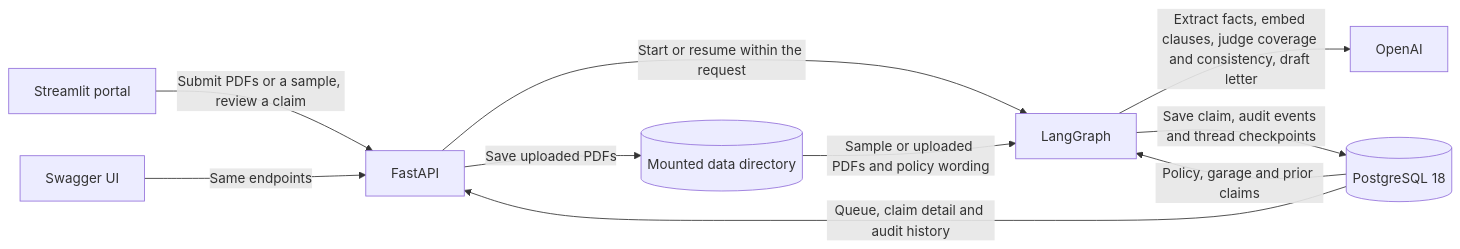
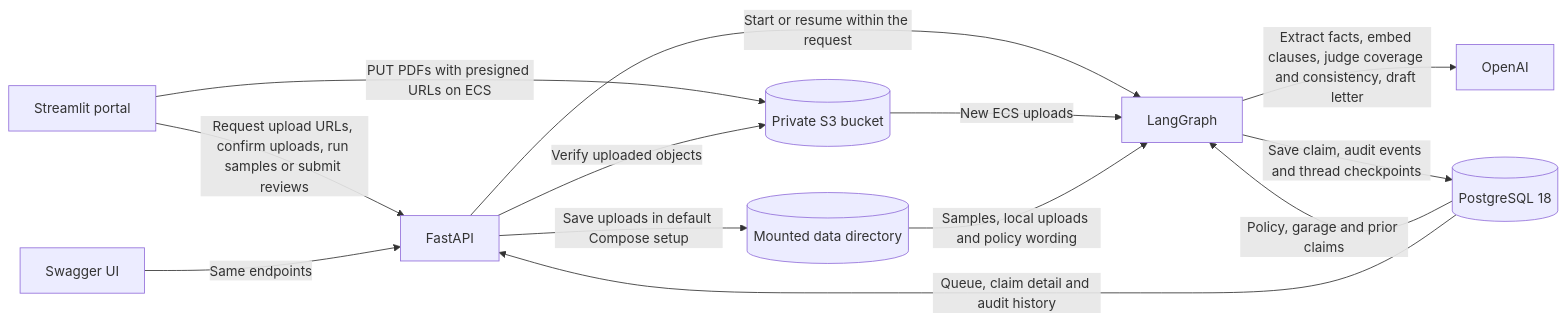
One commit to MP-30/Claim-Sense changed the first of 3 diagrams in Design.md. Above: the diagram before and after it, drawn with Mermaid. The commit also changed other lines of this file and 3 other files, not shown here.

````diff
--- a/Design.md
+++ b/Design.md
@@ -7,12 +7,15 @@
 ```mermaid
 flowchart LR
-    Portal["Streamlit portal"] -->|Submit PDFs or a sample, review a claim| API["FastAPI"]
+    Portal["Streamlit portal"] -->|Request upload URLs, confirm uploads, run samples or submit reviews| API["FastAPI"]
     Swagger["Swagger UI"] -->|Same endpoints| API
-    API -->|Save uploaded PDFs| Files[("Mounted data directory")]
+    Portal -->|PUT PDFs with presigned URLs on ECS| S3[("Private S3 bucket")]
+    API -->|Verify uploaded objects| S3
+    API -->|Save uploads in default Compose setup| Files[("Mounted data directory")]
     API -->|Start or resume within the request| Graph["LangGraph"]
-    Files -->|Sample or uploaded PDFs and policy wording| Graph
+    S3 -->|New ECS uploads| Graph
+    Files -->|Samples, local uploads and policy wording| Graph
     Graph -->|Extract facts, embed clauses, judge coverage and consistency, draft letter| Model["OpenAI"]
     DB[("PostgreSQL 18")] -->|Policy, garage and prior claims| Graph
     Graph -->|Save claim, audit events and thread checkpoints| DB
     DB -->|Queue, claim detail and audit history| API
 ```
````
